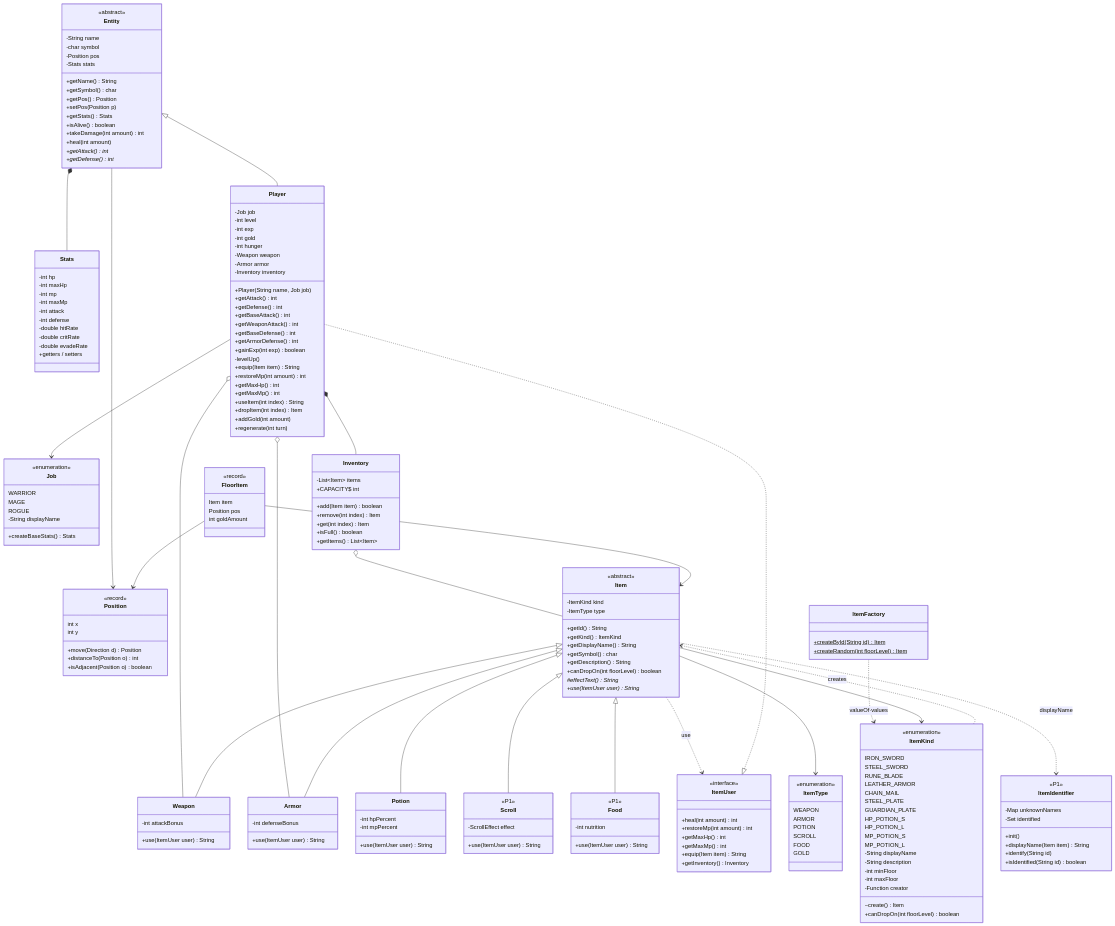
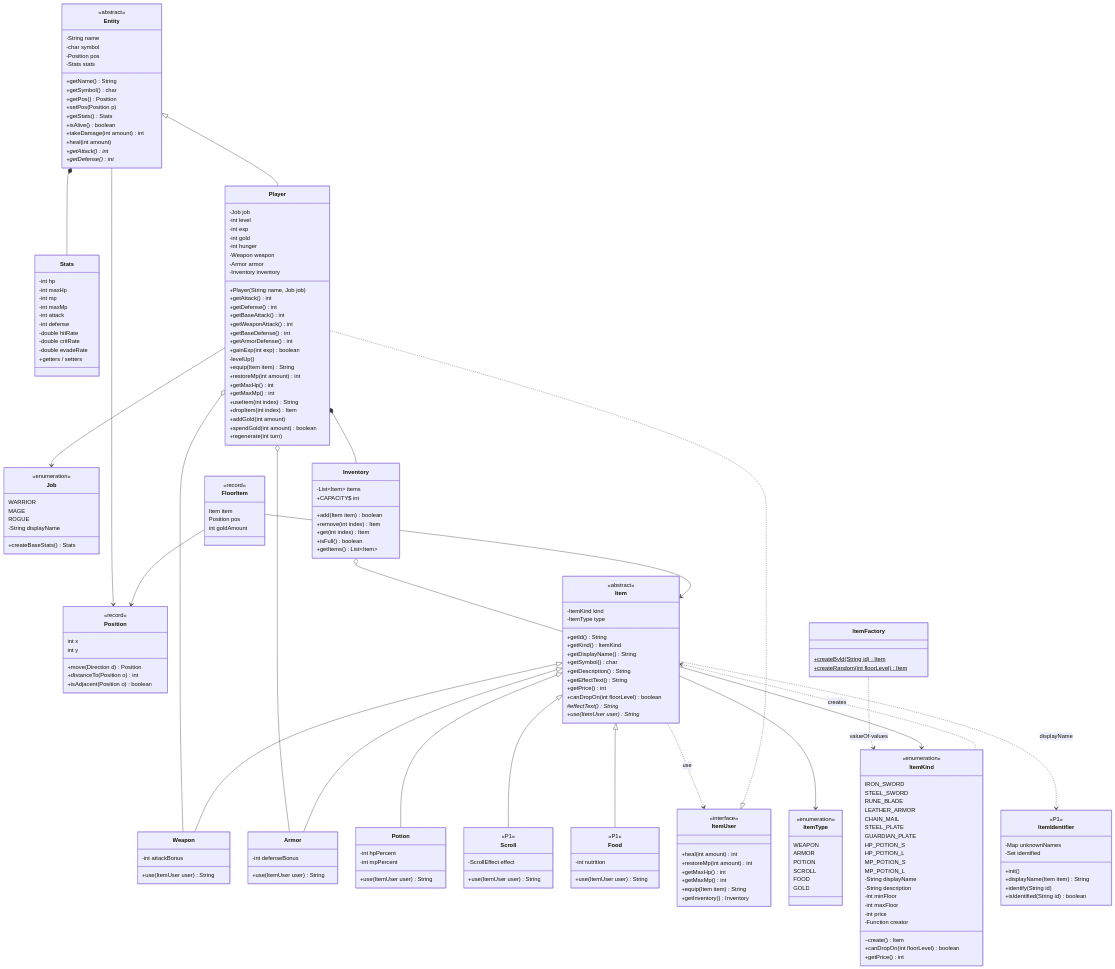
Before and after one commit to likelion-boot-camp-28th/side-project01-team01: the third of 10 diagrams in docs/Class-Diagram.md, drawn with Mermaid. The commit also changed other lines of this file and 24 other files, not shown here.

```diff
--- a/docs/Class-Diagram.md
+++ b/docs/Class-Diagram.md
@@ -307,6 +313,7 @@
         +useItem(int index) String
         +dropItem(int index) Item
         +addGold(int amount)
+        +spendGold(int amount) boolean
         +regenerate(int turn)
     }
     class Job {
@@ -335,6 +342,8 @@
         +getDisplayName() String
         +getSymbol() char
         +getDescription() String
+        +getEffectText() String
+        +getPrice() int
         +canDropOn(int floorLevel) boolean
         #effectText()* String
         +use(ItemUser user)* String
@@ -356,9 +365,11 @@
         -String description
         -int minFloor
         -int maxFloor
+        -int price
         -Function creator
         ~create() Item
         +canDropOn(int floorLevel) boolean
+        +getPrice() int
     }
     class ItemType {
         <<enumeration>>
```
